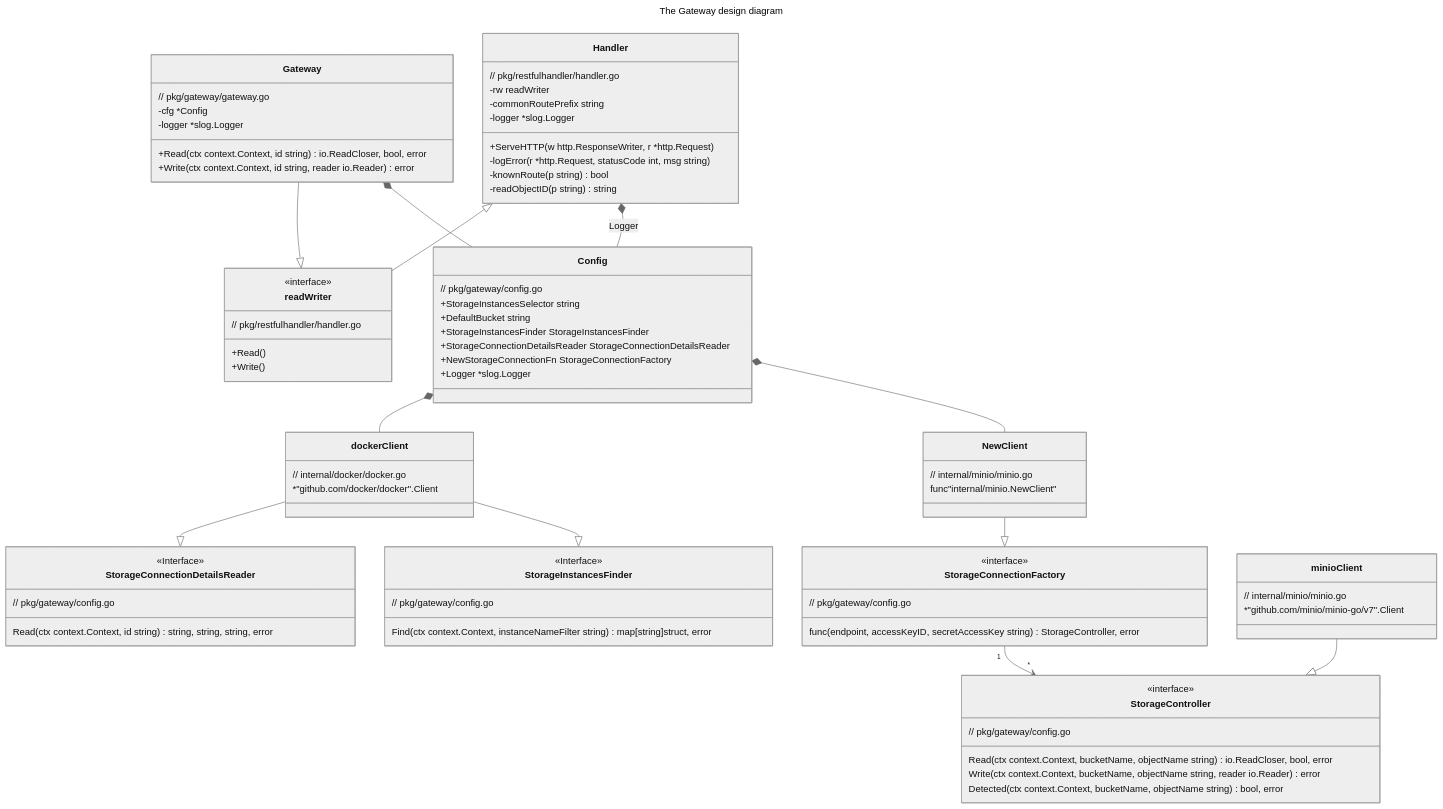
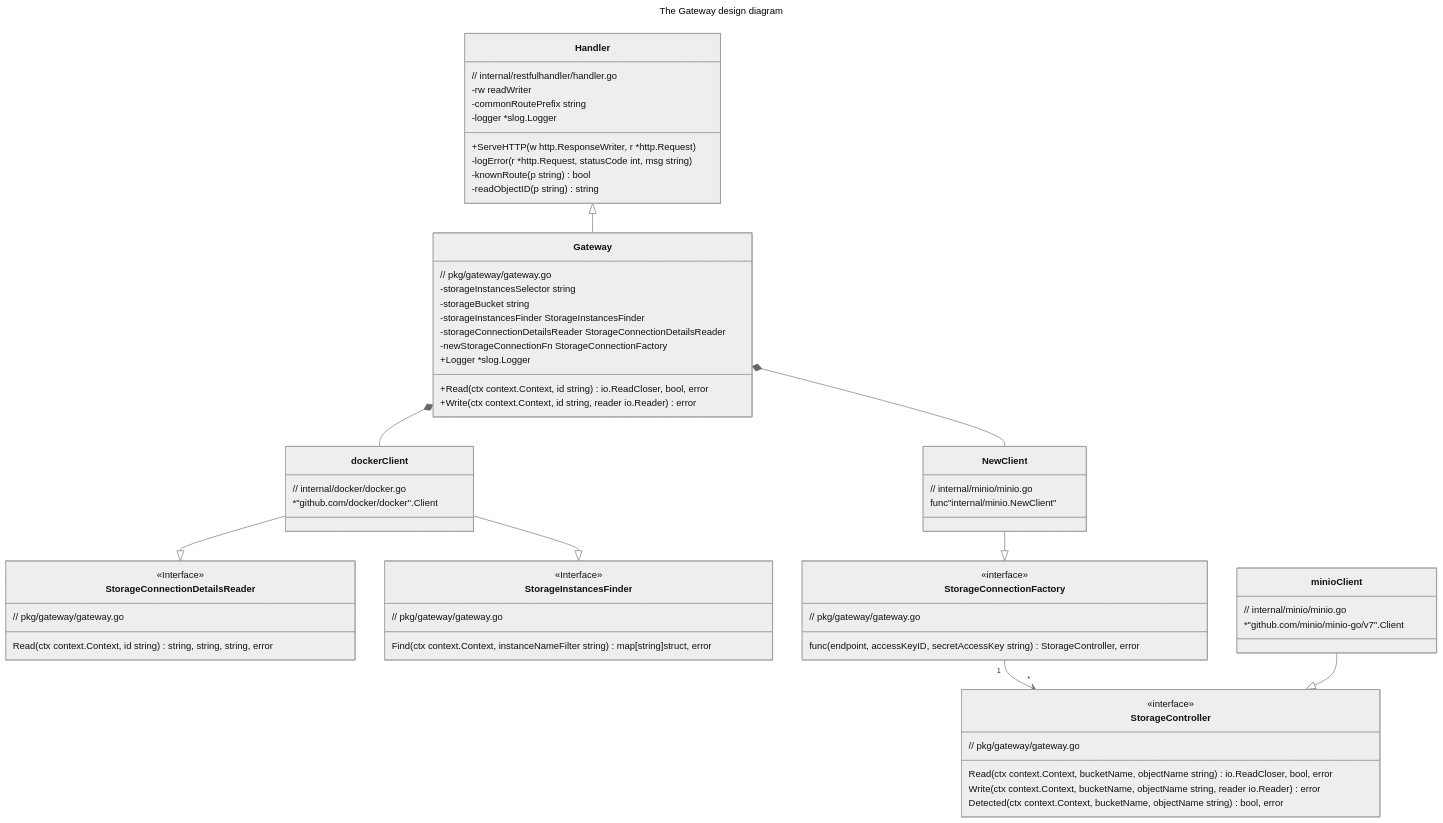
Before and after one commit to kislerdm/object-storage-gateway: the diagram in README.md, drawn with Mermaid (neutral theme). The commit also changed other lines of this file and 9 other files, not shown here.

Commit message:
chore: refactors to simplify architecture

````diff
--- a/README.md
+++ b/README.md
@@ -12,38 +12,31 @@
     class Gateway {
         // pkg/gateway/gateway.go
 
-        -cfg                 *Config
-        -logger              *slog.Logger
+        -storageInstancesSelector       string
+        -storageBucket                  string
+        -storageInstancesFinder         StorageInstancesFinder
+        -storageConnectionDetailsReader StorageConnectionDetailsReader
+        -newStorageConnectionFn         StorageConnectionFactory
+        +Logger              *slog.Logger
 
         +Read(ctx context.Context, id string) io.ReadCloser, bool, error
         +Write(ctx context.Context, id string, reader io.Reader) error
     }
 
-
-    class Config {
-        // pkg/gateway/config.go
-        +StorageInstancesSelector string
-        +DefaultBucket string
-        +StorageInstancesFinder StorageInstancesFinder
-        +StorageConnectionDetailsReader StorageConnectionDetailsReader
-        +NewStorageConnectionFn StorageConnectionFactory
-        +Logger                         *slog.Logger
-    }
-
     class StorageConnectionDetailsReader {
-        // pkg/gateway/config.go
+        // pkg/gateway/gateway.go
         <<Interface>>
         Read(ctx context.Context, id string) string, string, string, error
     }
 
     class StorageInstancesFinder {
-        // pkg/gateway/config.go
+        // pkg/gateway/gateway.go
         <<Interface>>
         Find(ctx context.Context, instanceNameFilter string) map[string]struct, error
     }
 
     class StorageController {
-        // pkg/gateway/config.go
+        // pkg/gateway/gateway.go
         <<interface>>
         Read(ctx context.Context, bucketName, objectName string) io.ReadCloser, bool, error
         Write(ctx context.Context, bucketName, objectName string, reader io.Reader) error
@@ -51,13 +44,13 @@
     }
 
     class StorageConnectionFactory {
-        // pkg/gateway/config.go
+        // pkg/gateway/gateway.go
         <<interface>>
         func(endpoint, accessKeyID, secretAccessKey string) StorageController, error
     }
 
     class Handler {
-        // pkg/restfulhandler/handler.go
+        // internal/restfulhandler/handler.go
         -rw readWriter
         -commonRoutePrefix string
         -logger            *slog.Logger
@@ -65,13 +58,6 @@
         -logError(r *http.Request, statusCode int, msg string)
         -knownRoute(p string) bool
         -readObjectID(p string) string
-    }
-
-    class readWriter {
-        // pkg/restfulhandler/handler.go
-        <<interface>>
-        +Read()
-        +Write()
     }
 
     class dockerClient {
@@ -97,11 +83,8 @@
 
 NewClient --|>StorageConnectionFactory
 
-Config *--dockerClient
-Config *--NewClient
+Gateway *--dockerClient
+Gateway *--NewClient
 
-Handler <|-- readWriter
-Gateway --|> readWriter
-Gateway *-- Config
-Handler *-- Config: Logger
+Handler <|-- Gateway
 ```
````
